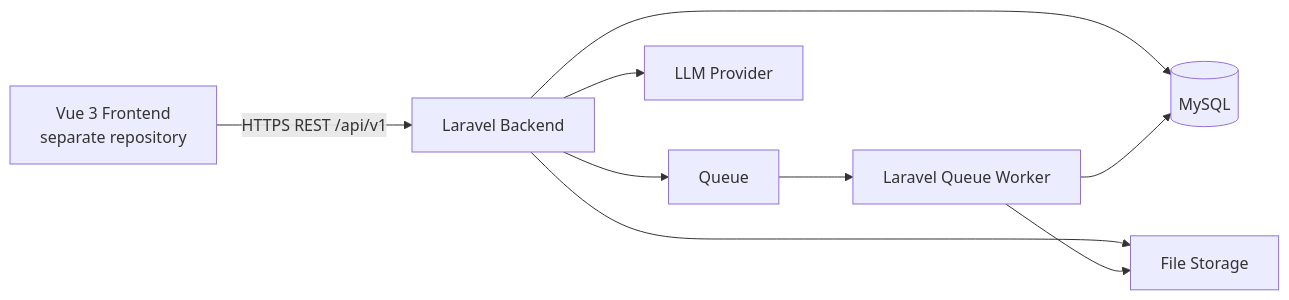
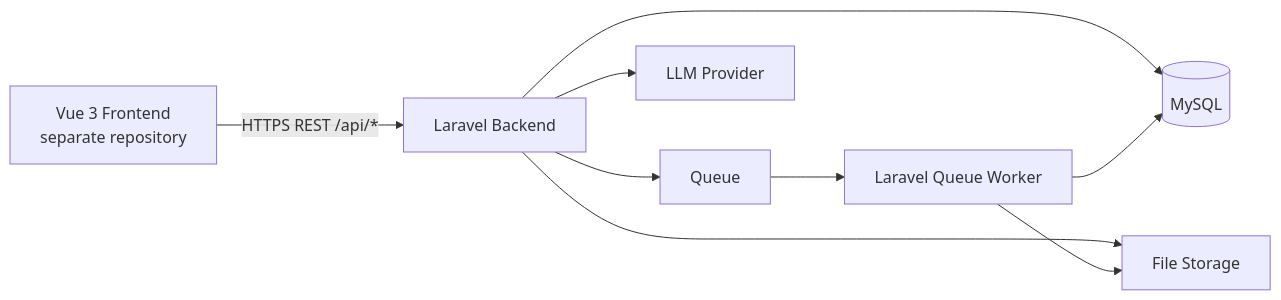
One commit to BashukOleksii/Student-AI-Planner-Backend changed the first of 4 diagrams in docs/architecture.md. Above: the diagram before and after it, drawn with Mermaid. The commit also changed other lines of this file and 9 other files, not shown here.

````diff
--- a/docs/architecture.md
+++ b/docs/architecture.md
@@ -36,11 +53,11 @@
 ```mermaid
 flowchart LR
-    FE[Vue 3 Frontend\nseparate repository] -->|HTTPS REST /api/v1| API[Laravel Backend]
+    FE[Vue 3 Frontend\nseparate repository] -->|HTTPS REST /api/*| API[Laravel Backend]
     API --> DB[(MySQL)]
     API --> FS[File Storage]
     API --> Q[Queue]
     API --> LLM[LLM Provider]
     Q --> W[Laravel Queue Worker]
     W --> DB
     W --> FS
 ```
````
